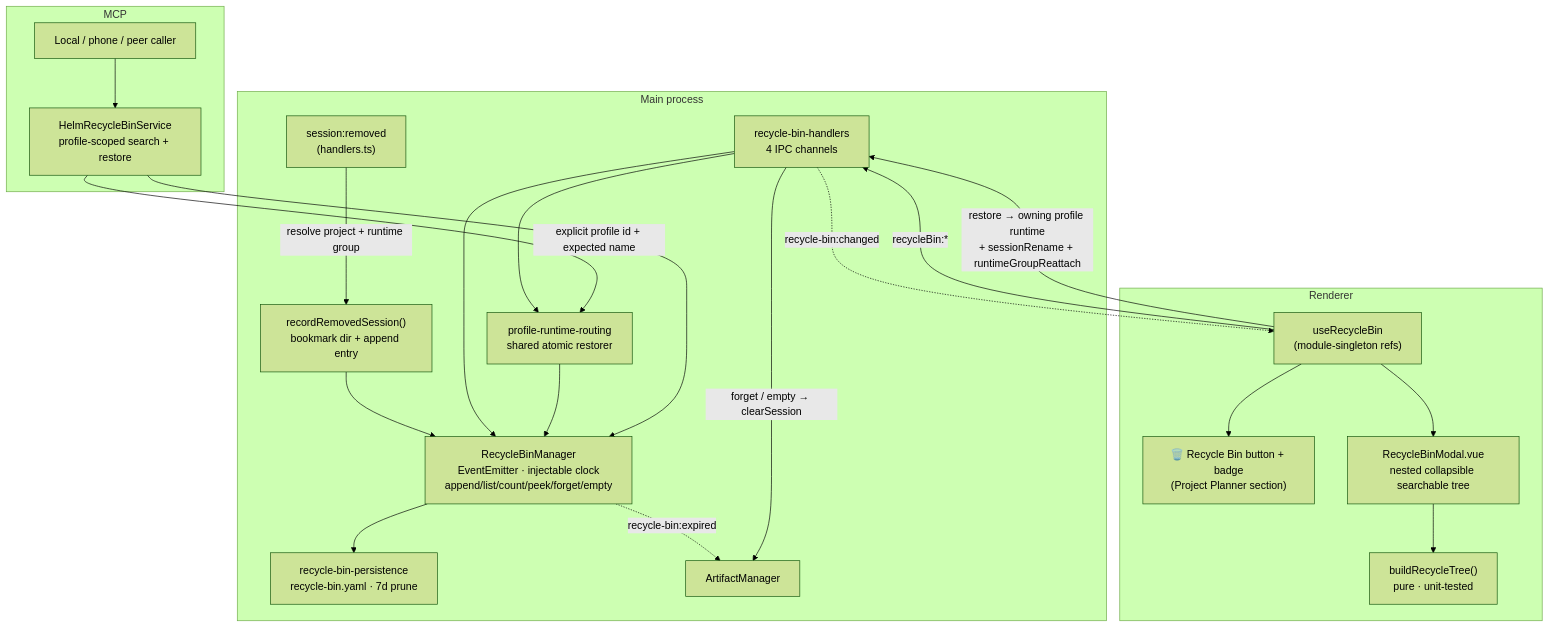
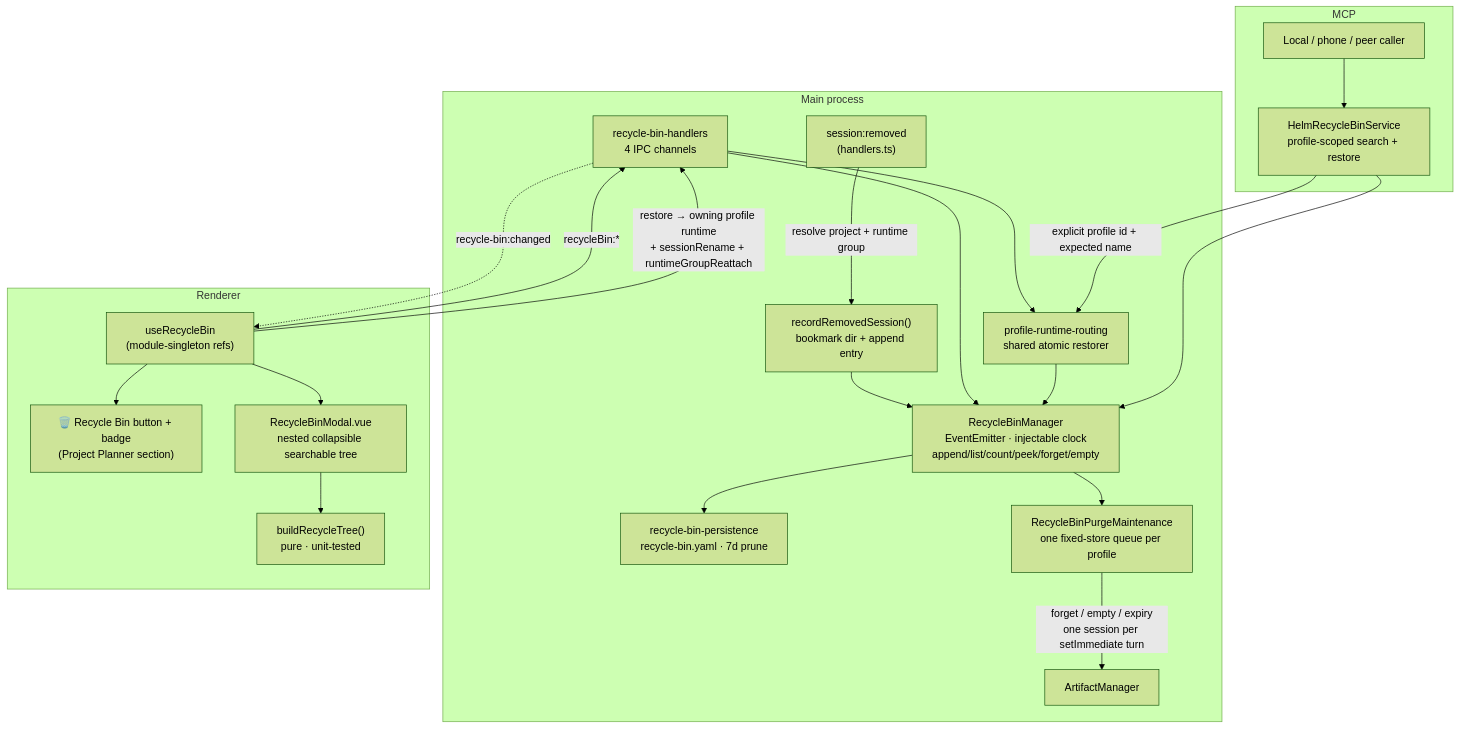
One commit to PetePeter/helm changed the diagram in docs/recycle-bin.md. Above: the diagram before and after it, drawn with Mermaid (forest theme). The commit also changed other lines of this file and 48 other files, not shown here.

First line of the commit message:
feat(session): purge recycle-bin entries in the background (P-1219)

````diff
--- a/docs/recycle-bin.md
+++ b/docs/recycle-bin.md
@@ -25,35 +26,35 @@
 ```mermaid
 graph TB
     subgraph Main["Main process"]
         SR["session:removed<br/>(handlers.ts)"]
         RRS["recordRemovedSession()<br/>bookmark dir + append entry"]
         RBM["RecycleBinManager<br/>EventEmitter · injectable clock<br/>append/list/count/peek/forget/empty"]
         RBP["recycle-bin-persistence<br/>recycle-bin.yaml · 7d prune"]
+        RBQ["RecycleBinPurgeMaintenance<br/>one fixed-store queue per profile"]
         RBH["recycle-bin-handlers<br/>4 IPC channels"]
         RBR["profile-runtime-routing<br/>shared atomic restorer"]
         AM["ArtifactManager"]
         SR -->|"resolve project + runtime group"| RRS --> RBM --> RBP
-        RBH --> RBM
+        RBH --> RBM --> RBQ
         RBH --> RBR
         RBR --> RBM
-        RBM -. "recycle-bin:expired" .-> AM
-        RBH -->|"forget / empty → clearSession"| AM
+        RBQ -->|"forget / empty / expiry<br/>one session per setImmediate turn"| AM
     end
     subgraph MCP["MCP"]
         MCPC["Local / phone / peer caller"]
         RBS["HelmRecycleBinService<br/>profile-scoped search + restore"]
         MCPC --> RBS --> RBM
         RBS -->|"explicit profile id + expected name"| RBR
     end
     subgraph Renderer
         URB["useRecycleBin<br/>(module-singleton refs)"]
         BADGE["🗑️ Recycle Bin button + badge<br/>(Project Planner section)"]
         MODAL["RecycleBinModal.vue<br/>nested collapsible searchable tree"]
         TREE["buildRecycleTree()<br/>pure · unit-tested"]
         URB --> BADGE & MODAL
         MODAL --> TREE
     end
     RBH -. "recycle-bin:changed" .-> URB
     URB -->|"recycleBin:*"| RBH
     URB -->|"restore → owning profile runtime<br/>+ sessionRename + runtimeGroupReattach"| RBH
 ```
````
